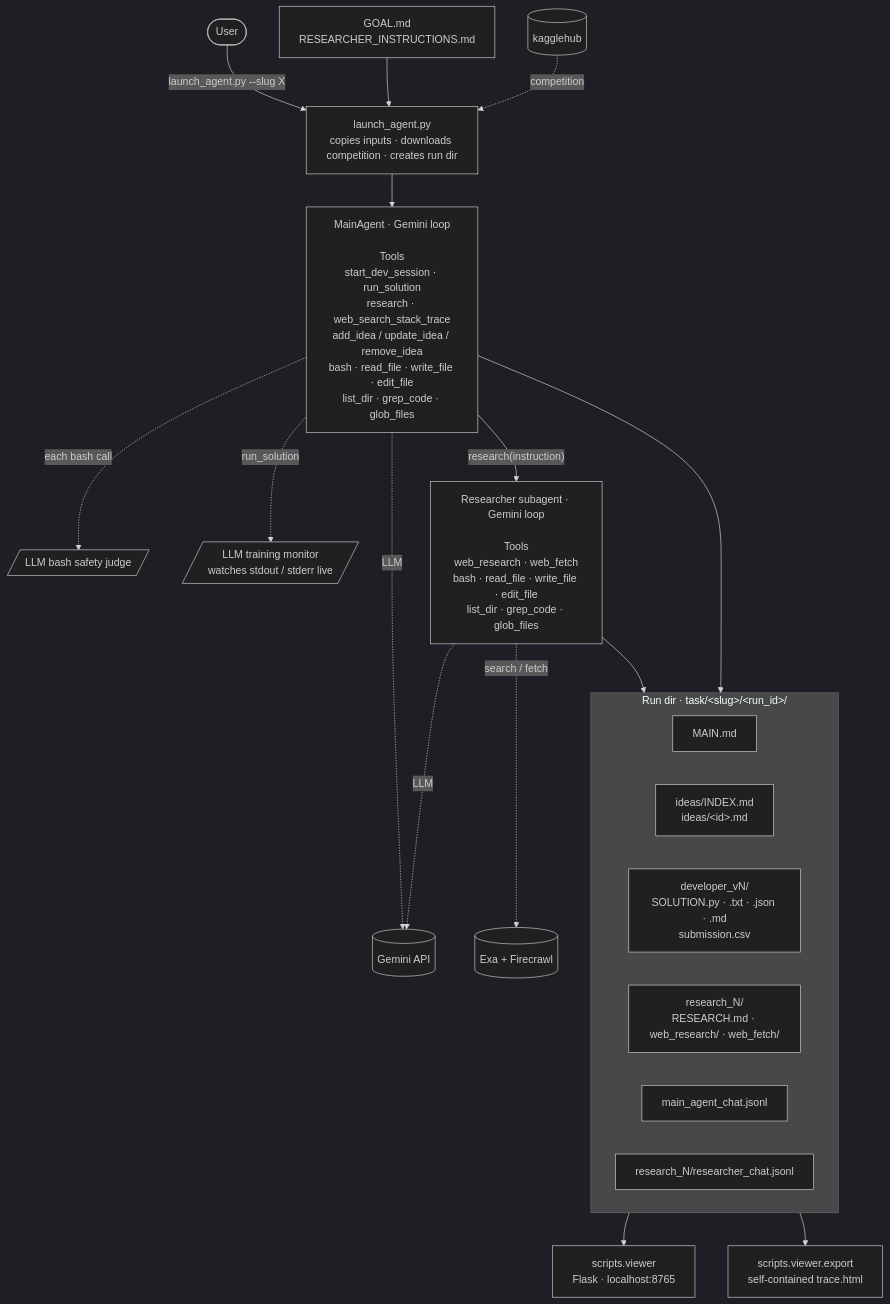
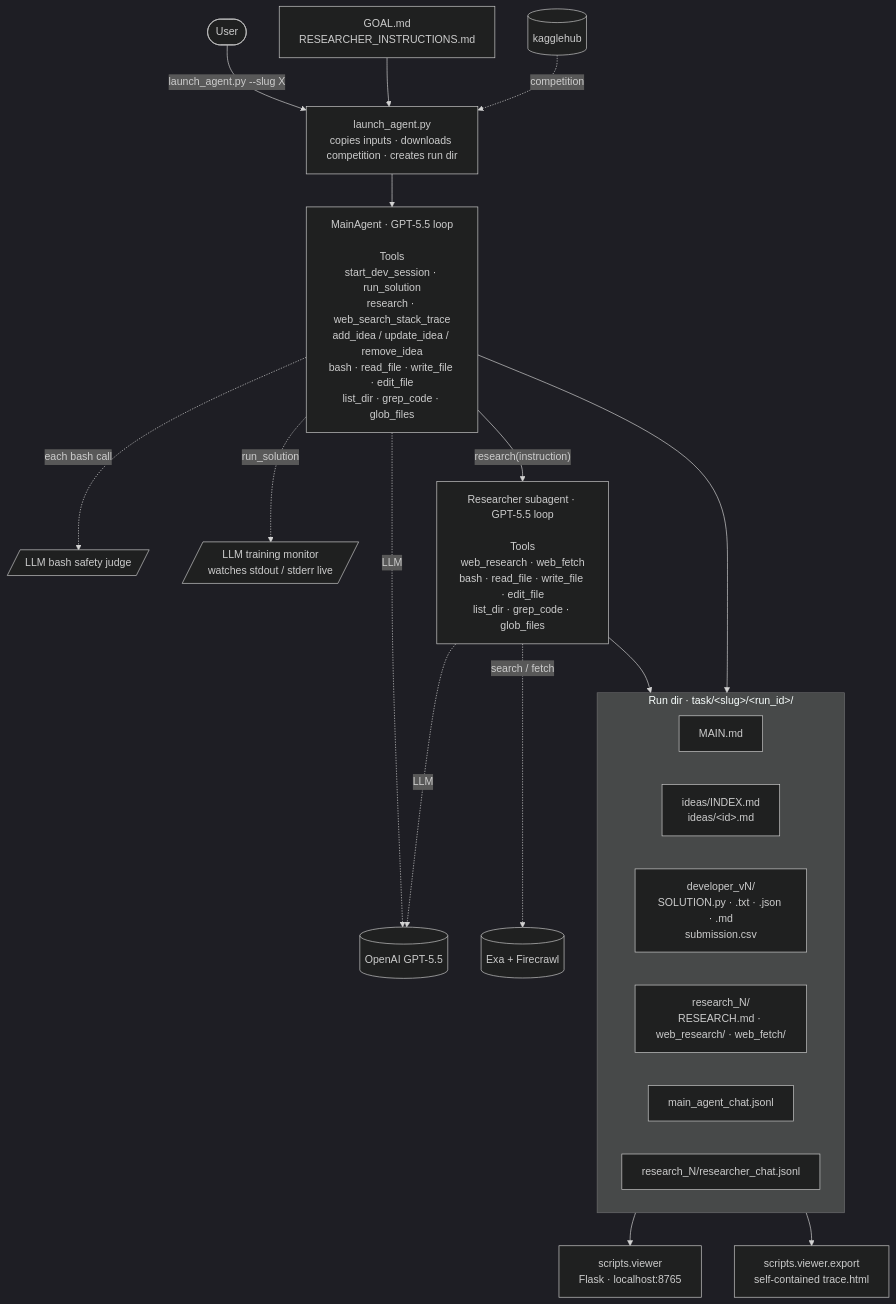
One commit to bogoconic1/Qgentic-AI changed the diagram in README.md. Above: the diagram before and after it, drawn with Mermaid (dark theme). The commit also changed other lines of this file and 25 other files, not shown here.

First line of the commit message:
Migrate LLM layer from Gemini to OpenAI GPT 5.5 Responses API (#304)

````diff
--- a/README.md
+++ b/README.md
@@ -94,37 +90,37 @@
 ```mermaid
 flowchart TB
     USER(["User"])
     GOAL["GOAL.md<br/>RESEARCHER_INSTRUCTIONS.md"]
     KH[("kagglehub")]
-    GEM[("Gemini API")]
+    LLM[("OpenAI GPT-5.5")]
     WEB[("Exa + Firecrawl")]
 
     USER -->|"launch_agent.py --slug X"| LA["launch_agent.py<br/>copies inputs · downloads competition · creates run dir"]
     GOAL --> LA
     KH -. competition .-> LA
 
-    LA --> MA["MainAgent · Gemini loop<br/><br/>Tools<br/>start_dev_session · run_solution<br/>research · web_search_stack_trace<br/>add_idea / update_idea / remove_idea<br/>bash · read_file · write_file · edit_file<br/>list_dir · grep_code · glob_files"]
+    LA --> MA["MainAgent · GPT-5.5 loop<br/><br/>Tools<br/>start_dev_session · run_solution<br/>research · web_search_stack_trace<br/>add_idea / update_idea / remove_idea<br/>bash · read_file · write_file · edit_file<br/>list_dir · grep_code · glob_files"]
 
     MA -. each bash call .-> JUDGE[/"LLM bash safety judge"/]
     MA -. run_solution .-> MON[/"LLM training monitor<br/>watches stdout / stderr live"/]
-    MA -. LLM .-> GEM
+    MA -. LLM .-> LLM
 
-    MA -->|"research(instruction)"| RA["Researcher subagent · Gemini loop<br/><br/>Tools<br/>web_research · web_fetch<br/>bash · read_file · write_file · edit_file<br/>list_dir · grep_code · glob_files"]
-    RA -. LLM .-> GEM
+    MA -->|"research(instruction)"| RA["Researcher subagent · GPT-5.5 loop<br/><br/>Tools<br/>web_research · web_fetch<br/>bash · read_file · write_file · edit_file<br/>list_dir · grep_code · glob_files"]
+    RA -. LLM .-> LLM
     RA -. search / fetch .-> WEB
 
     MA --> RD
     RA --> RD
     subgraph RD["Run dir · task/&lt;slug&gt;/&lt;run_id&gt;/"]
       direction LR
       MAIN["MAIN.md"]
       IDEAS["ideas/INDEX.md<br/>ideas/&lt;id&gt;.md"]
       DEV["developer_vN/<br/>SOLUTION.py · .txt · .json · .md<br/>submission.csv"]
       RES["research_N/<br/>RESEARCH.md · web_research/ · web_fetch/"]
       LOG1["main_agent_chat.jsonl"]
       LOG2["research_N/researcher_chat.jsonl"]
     end
 
     RD --> VS["scripts.viewer<br/>Flask · localhost:8765"]
     RD --> VE["scripts.viewer.export<br/>self-contained trace.html"]
 ```
````
